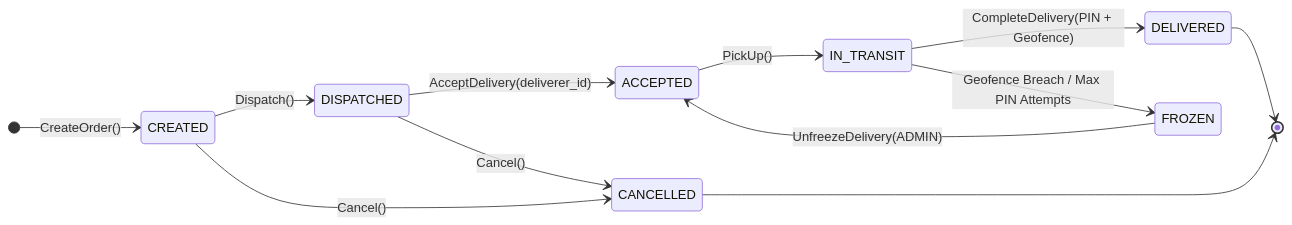
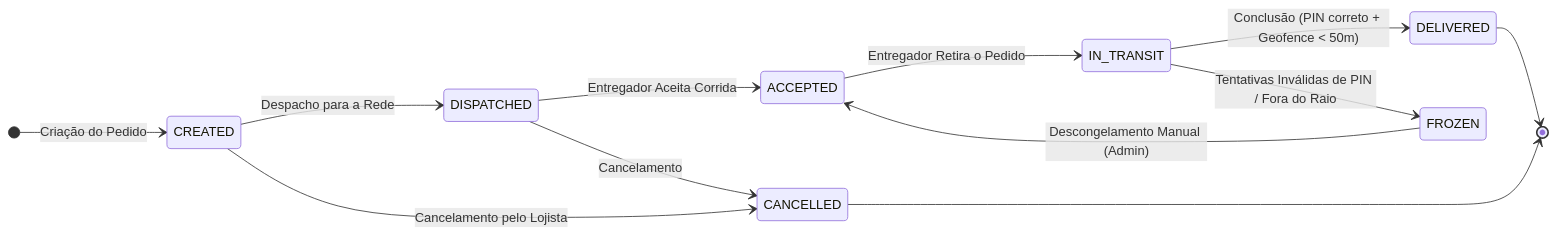
One commit to DioGolang/projeto-integrador-4 changed the second of 2 diagrams in README.md. Above: the diagram before and after it, drawn with Mermaid. The commit also changed other lines of this file, not shown here.

````diff
--- a/README.md
+++ b/README.md
@@ -101,18 +137,18 @@
 ```mermaid
 stateDiagram-v2
     direction LR
-    [*] --> CREATED: CreateOrder()
-    CREATED --> DISPATCHED: Dispatch()
-    CREATED --> CANCELLED: Cancel()
+    [*] --> CREATED: Criação do Pedido
+    CREATED --> DISPATCHED: Despacho para a Rede
+    CREATED --> CANCELLED: Cancelamento pelo Lojista
     
-    DISPATCHED --> ACCEPTED: AcceptDelivery(deliverer_id)
-    DISPATCHED --> CANCELLED: Cancel()
+    DISPATCHED --> ACCEPTED: Entregador Aceita Corrida
+    DISPATCHED --> CANCELLED: Cancelamento
 
-    ACCEPTED --> IN_TRANSIT: PickUp()
-    IN_TRANSIT --> DELIVERED: CompleteDelivery(PIN + Geofence)
-    IN_TRANSIT --> FROZEN: Geofence Breach / Max PIN Attempts
-    FROZEN --> ACCEPTED: UnfreezeDelivery(ADMIN)
+    ACCEPTED --> IN_TRANSIT: Entregador Retira o Pedido
+    IN_TRANSIT --> DELIVERED: Conclusão (PIN correto + Geofence < 50m)
+    IN_TRANSIT --> FROZEN: Tentativas Inválidas de PIN / Fora do Raio
+    FROZEN --> ACCEPTED: Descongelamento Manual (Admin)
     
     DELIVERED --> [*]
     CANCELLED --> [*]
 ```
````
